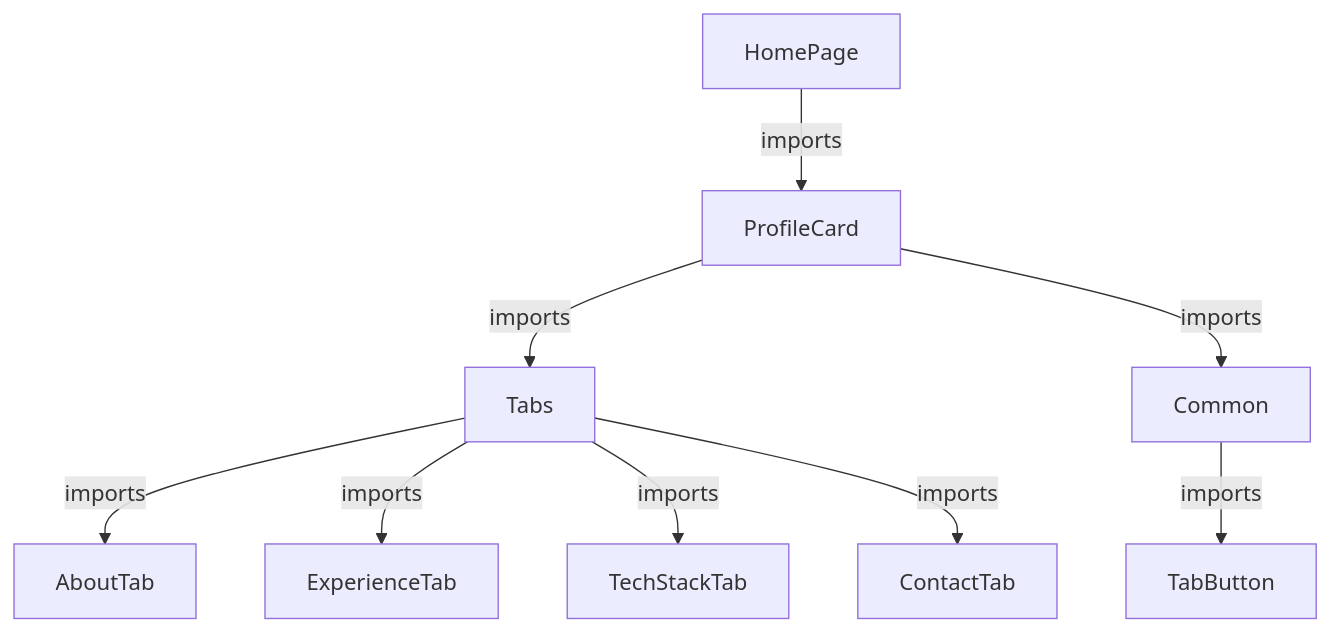
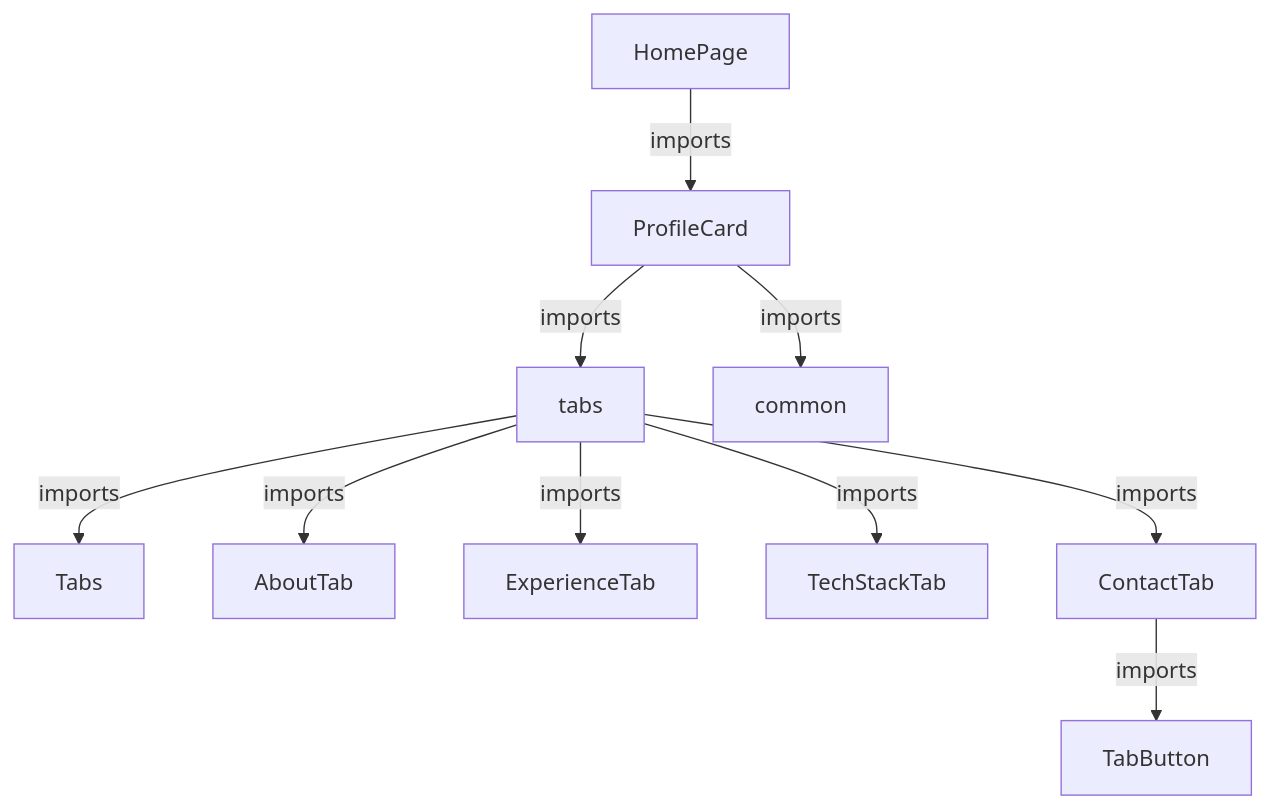
Before and after one commit to Chen-Abudi/my-profile-card: the first of 2 diagrams in README.md, drawn with Mermaid. The commit also changed other lines of this file, not shown here.

````diff
--- a/README.md
+++ b/README.md
@@ -44,13 +44,14 @@
 ```mermaid
 
 flowchart TD
   A[HomePage] -->|imports| B[ProfileCard]
-  B -->|imports| C[Tabs]
-  C -->|imports| D[AboutTab]
-  C -->|imports| E[ExperienceTab]
-  C -->|imports| F[TechStackTab]
-  C -->|imports| G[ContactTab]
-  B -->|imports| H[Common]
-  H -->|imports| I[TabButton]
+  B -->|imports| C[tabs]
+  C -->|imports| D[Tabs]
+  C -->|imports| E[AboutTab]
+  C -->|imports| F[ExperienceTab]
+  C -->|imports| G[TechStackTab]
+  C -->|imports| H[ContactTab]
+  B -->|imports| I[common]
+  H -->|imports| J[TabButton]
 
 ```
````
